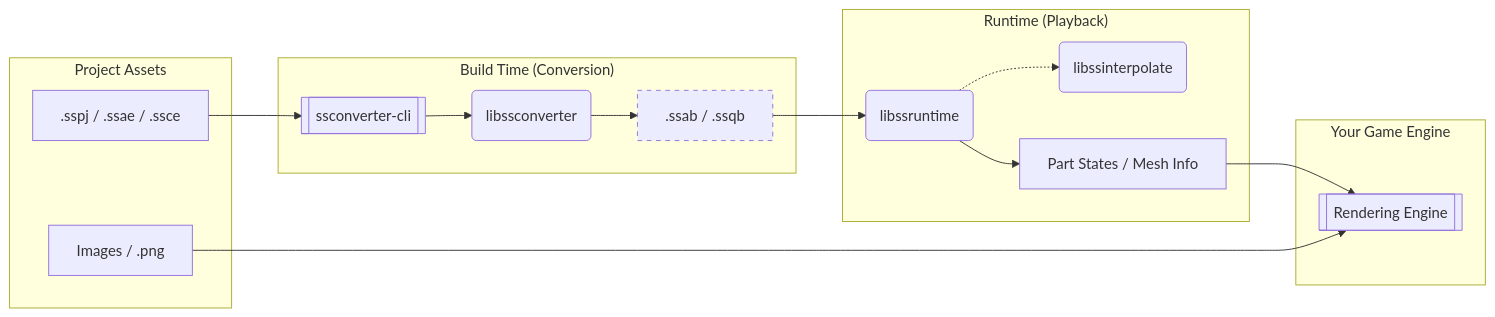
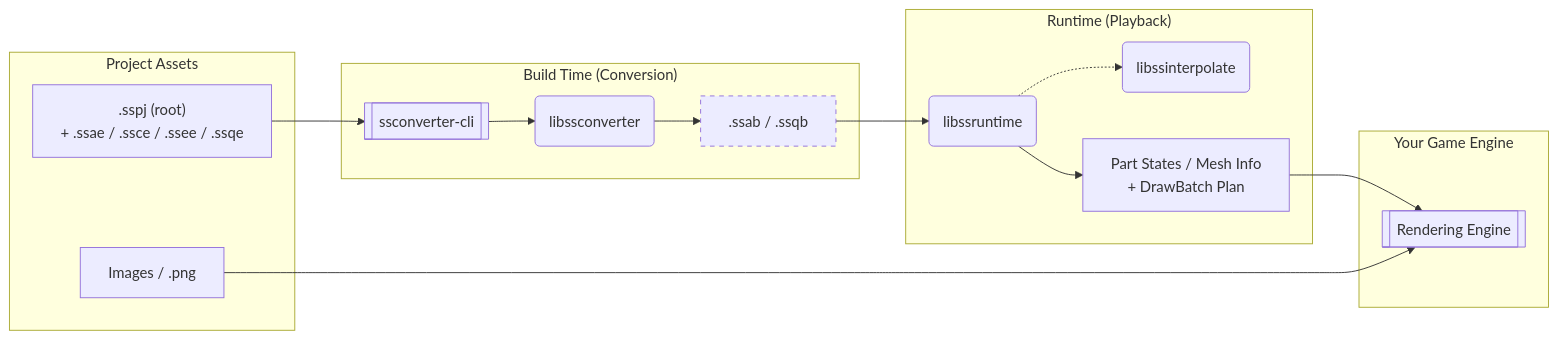
Before and after one commit to cri-middleware/SpriteStudio-SDK: the diagram in README.md, drawn with Mermaid. The commit also changed other lines of this file and 5 other files, not shown here.

````diff
--- a/README.md
+++ b/README.md
@@ -24,29 +24,29 @@
 ```mermaid
 graph LR
     subgraph Assets ["Project Assets"]
-        SS[" .sspj / .ssae / .ssce "]
+        SS[" .sspj (root)<br/>+ .ssae / .ssce / .ssee / .ssqe "]
         IMG[" Images / .png "]
     end
 
     subgraph Conversion ["Build Time (Conversion)"]
         CLI[[" ssconverter-cli "]]
         CONV(" libssconverter ")
         SS --> CLI
         CLI --> CONV
         CONV --> BIN[" .ssab / .ssqb "]
     end
 
     subgraph Runtime ["Runtime (Playback)"]
         BIN --> RT(" libssruntime ")
         RT -.-> INT(" libssinterpolate ")
-        RT --> STATE[" Part States / Mesh Info "]
+        RT --> STATE[" Part States / Mesh Info<br/>+ DrawBatch Plan "]
     end
 
     subgraph Engine ["Your Game Engine"]
         STATE --> REND[[" Rendering Engine "]]
         IMG --> REND
     end
 
     classDef generated stroke-dasharray: 5 5;
     class BIN generated;
 ```
````
